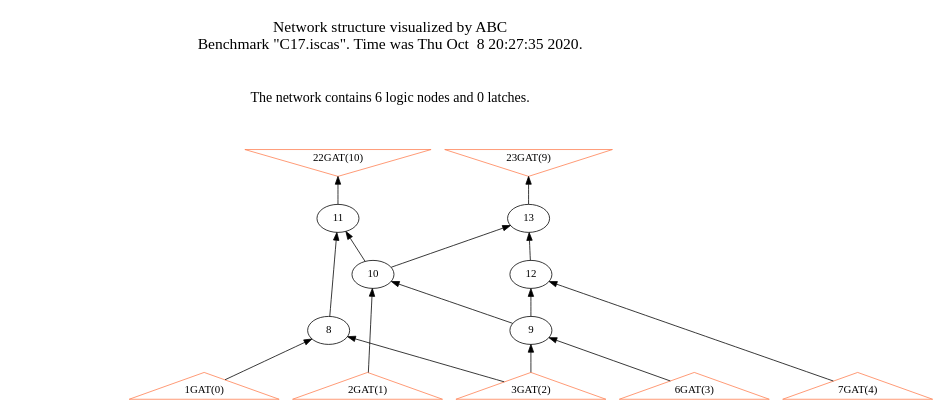
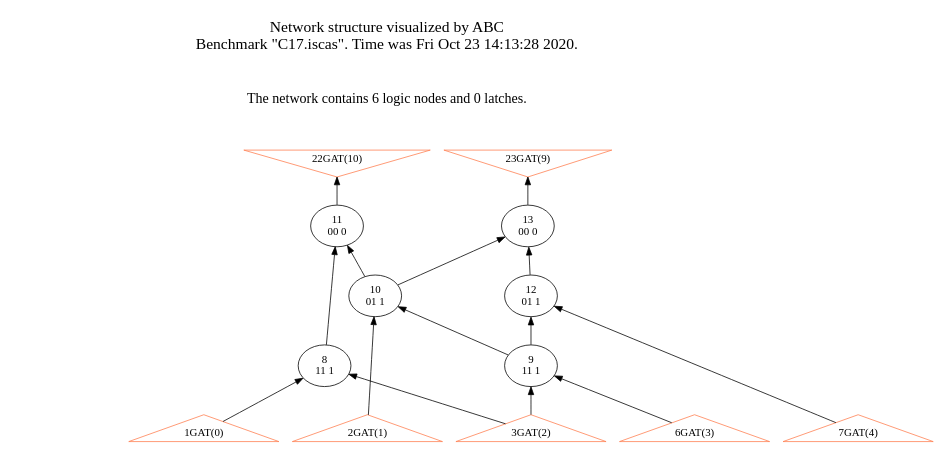
One commit to canesche/bench_circuits changed the diagram in dot/synth-91/C17.dot. Above: the diagram before and after it, drawn with Graphviz. The commit also changed 1 other file, not shown here.

```diff
--- a/dot/synth-91/C17.dot
+++ b/dot/synth-91/C17.dot
@@ -1,97 +1,97 @@
 # Network structure generated by ABC
 
 digraph network {
 size = "7.5,10";
 center = true;
 edge [dir = back];
 
 {
   node [shape = plaintext];
   edge [style = invis];
   LevelTitle1 [label=""];
   LevelTitle2 [label=""];
   Level4 [label = ""];
   Level3 [label = ""];
   Level2 [label = ""];
   Level1 [label = ""];
   Level0 [label = ""];
   LevelTitle1 ->  LevelTitle2 ->  Level4 ->  Level3 ->  Level2 ->  Level1 ->  Level0;
 }
 
 {
   rank = same;
   LevelTitle1;
   title1 [shape=plaintext,
           fontsize=20,
           fontname = "Times-Roman",
-          label="Network structure visualized by ABC\nBenchmark \"C17.iscas\". Time was Thu Oct  8 20:27:35 2020. "
+          label="Network structure visualized by ABC\nBenchmark \"C17.iscas\". Time was Fri Oct 23 14:13:28 2020. "
          ];
 }
 
 {
   rank = same;
   LevelTitle2;
   title2 [shape=plaintext,
           fontsize=18,
           fontname = "Times-Roman",
           label="The network contains 6 logic nodes and 0 latches.\n"
          ];
 }
 
 {
   rank = same;
   Level4;
   Node6 [label = "22GAT(10)", shape = invtriangle, color = coral, fillcolor = coral];
   Node7 [label = "23GAT(9)", shape = invtriangle, color = coral, fillcolor = coral];
 }
 
 {
   rank = same;
   Level3;
-  Node11 [label = "11\n", shape = ellipse];
-  Node13 [label = "13\n", shape = ellipse];
+  Node11 [label = "11\n00 0", shape = ellipse];
+  Node13 [label = "13\n00 0", shape = ellipse];
 }
 
 {
   rank = same;
   Level2;
-  Node10 [label = "10\n", shape = ellipse];
-  Node12 [label = "12\n", shape = ellipse];
+  Node10 [label = "10\n01 1", shape = ellipse];
+  Node12 [label = "12\n01 1", shape = ellipse];
 }
 
 {
   rank = same;
   Level1;
-  Node8 [label = "8\n", shape = ellipse];
-  Node9 [label = "9\n", shape = ellipse];
+  Node8 [label = "8\n11 1", shape = ellipse];
+  Node9 [label = "9\n11 1", shape = ellipse];
 }
 
 {
   rank = same;
   Level0;
   Node1 [label = "1GAT(0)", shape = triangle, color = coral, fillcolor = coral];
   Node2 [label = "2GAT(1)", shape = triangle, color = coral, fillcolor = coral];
   Node3 [label = "3GAT(2)", shape = triangle, color = coral, fillcolor = coral];
   Node4 [label = "6GAT(3)", shape = triangle, color = coral, fillcolor = coral];
   Node5 [label = "7GAT(4)", shape = triangle, color = coral, fillcolor = coral];
 }
 
 title1 -> title2 [style = invis];
 title2 -> Node6 [style = invis];
 title2 -> Node7 [style = invis];
 Node6 -> Node7 [style = invis];
 Node6 -> Node11 [style = solid];
 Node7 -> Node13 [style = solid];
 Node8 -> Node1 [style = solid];
 Node8 -> Node3 [style = solid];
 Node9 -> Node3 [style = solid];
 Node9 -> Node4 [style = solid];
+Node10 -> Node9 [style = solid];
 Node10 -> Node2 [style = solid];
-Node10 -> Node9 [style = solid];
 Node11 -> Node8 [style = solid];
 Node11 -> Node10 [style = solid];
+Node12 -> Node9 [style = solid];
 Node12 -> Node5 [style = solid];
-Node12 -> Node9 [style = solid];
 Node13 -> Node10 [style = solid];
 Node13 -> Node12 [style = solid];
 }
```
